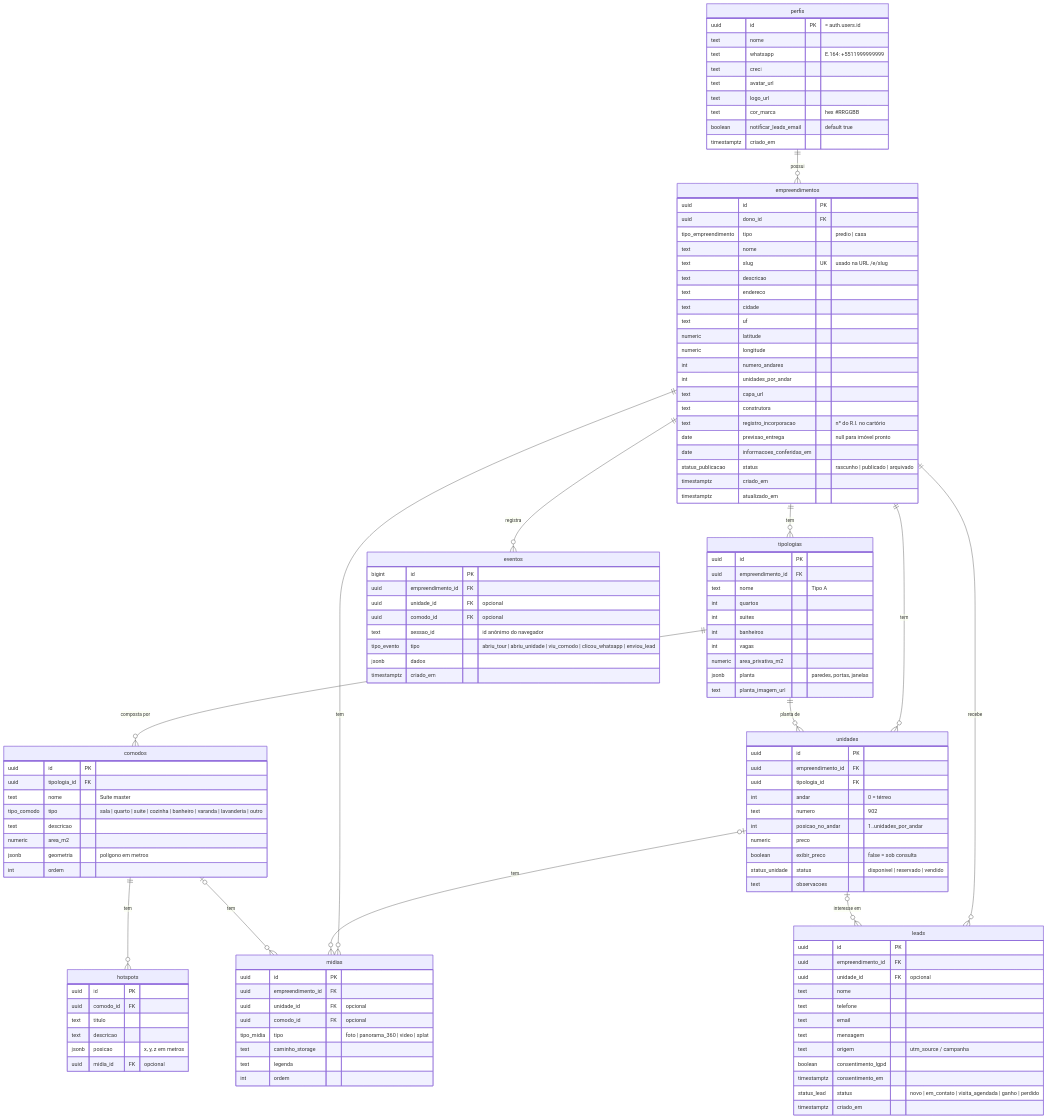
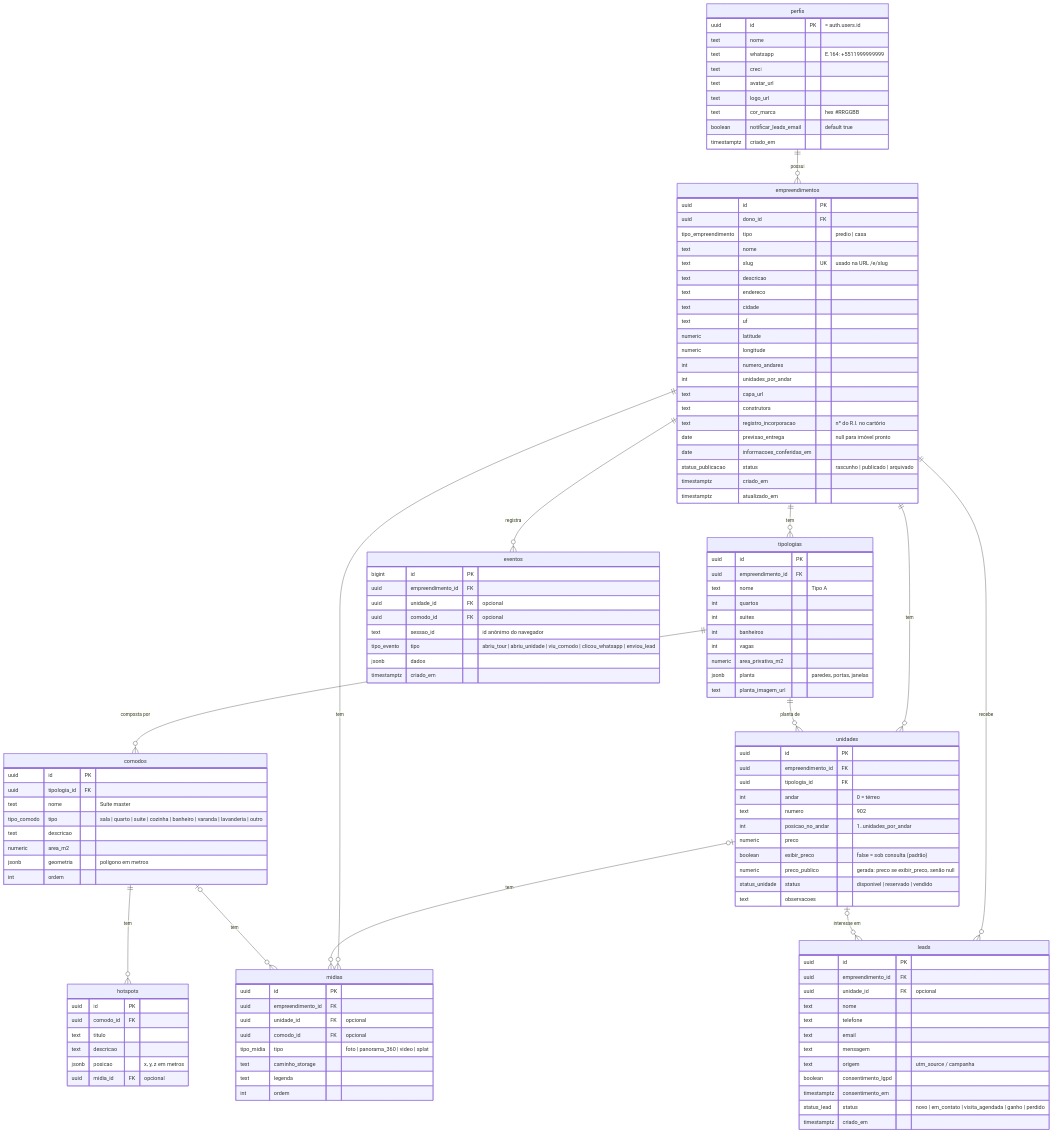
Before and after one commit to DiegoCarvalho-dev/vitrine3d: the diagram in docs/03-modelagem-de-dados.md, drawn with Mermaid. The commit also changed other lines of this file and 11 other files, not shown here.

```diff
--- a/docs/03-modelagem-de-dados.md
+++ b/docs/03-modelagem-de-dados.md
@@ -98,7 +98,8 @@
     text numero "902"
     int posicao_no_andar "1..unidades_por_andar"
     numeric preco
-    boolean exibir_preco "false = sob consulta"
+    boolean exibir_preco "false = sob consulta (padrão)"
+    numeric preco_publico "gerada: preco se exibir_preco, senão null"
     status_unidade status "disponivel | reservado | vendido"
     text observacoes
   }
```
